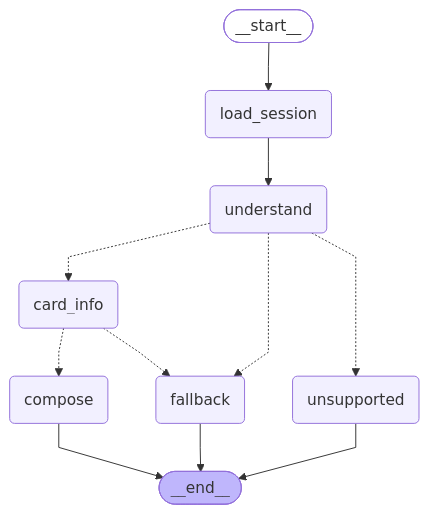
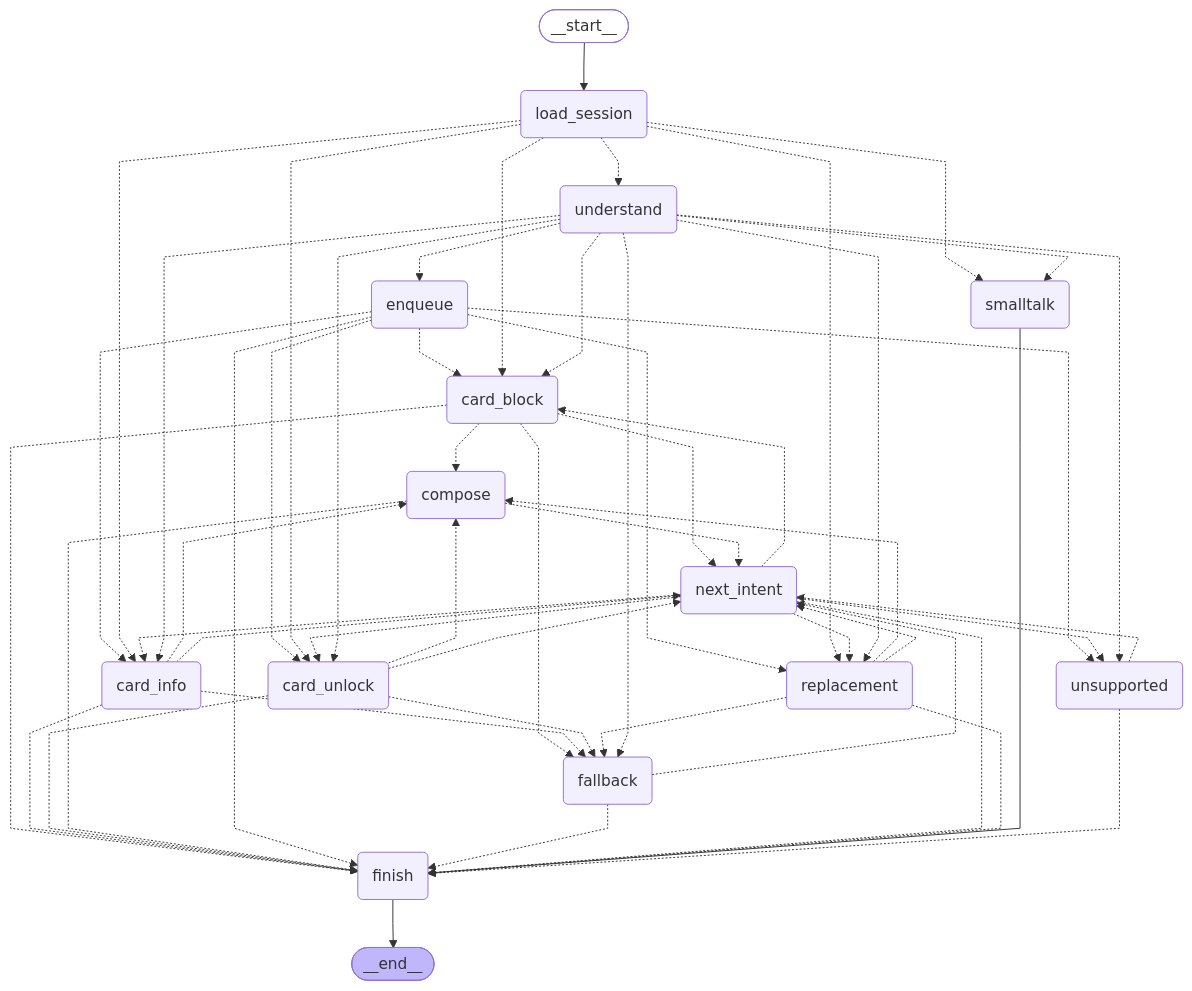
The diagram in docs/diagrams/turn-graph-v0.mmd (YhBedoya/factored-hackathon-2026-inferencia-aplicada), drawn with Mermaid before and after one commit. The commit also changed 60 other files, not shown here.

First line of the commit message:
feat(cards): D2-B card info, block/unlock/replacement flows

```diff
--- a/docs/diagrams/turn-graph-v0.mmd
+++ b/docs/diagrams/turn-graph-v0.mmd
@@ -1,27 +1,75 @@
 ---
 config:
   flowchart:
     curve: linear
 ---
 graph TD;
 	__start__([<p>__start__</p>]):::first
 	load_session(load_session)
 	understand(understand)
+	smalltalk(smalltalk)
+	enqueue(enqueue)
 	card_info(card_info)
+	card_block(card_block)
+	card_unlock(card_unlock)
+	replacement(replacement)
 	unsupported(unsupported)
 	fallback(fallback)
 	compose(compose)
+	next_intent(next_intent)
+	finish(finish)
 	__end__([<p>__end__</p>]):::last
 	__start__ --> load_session;
+	card_block -.-> compose;
+	card_block -.-> fallback;
+	card_block -.-> finish;
+	card_block -.-> next_intent;
 	card_info -.-> compose;
 	card_info -.-> fallback;
-	load_session --> understand;
+	card_info -.-> finish;
+	card_info -.-> next_intent;
+	card_unlock -.-> compose;
+	card_unlock -.-> fallback;
+	card_unlock -.-> finish;
+	card_unlock -.-> next_intent;
+	compose -.-> finish;
+	compose -.-> next_intent;
+	enqueue -.-> card_block;
+	enqueue -.-> card_info;
+	enqueue -.-> card_unlock;
+	enqueue -.-> finish;
+	enqueue -.-> replacement;
+	enqueue -.-> unsupported;
+	fallback -.-> finish;
+	fallback -.-> next_intent;
+	load_session -.-> card_block;
+	load_session -.-> card_info;
+	load_session -.-> card_unlock;
+	load_session -.-> replacement;
+	load_session -.-> smalltalk;
+	load_session -.-> understand;
+	next_intent -.-> card_block;
+	next_intent -.-> card_info;
+	next_intent -.-> card_unlock;
+	next_intent -.-> finish;
+	next_intent -.-> replacement;
+	next_intent -.-> unsupported;
+	replacement -.-> compose;
+	replacement -.-> fallback;
+	replacement -.-> finish;
+	replacement -.-> next_intent;
+	smalltalk --> finish;
+	understand -.-> card_block;
 	understand -.-> card_info;
+	understand -.-> card_unlock;
+	understand -.-> enqueue;
 	understand -.-> fallback;
+	understand -.-> replacement;
+	understand -.-> smalltalk;
 	understand -.-> unsupported;
-	compose --> __end__;
-	fallback --> __end__;
-	unsupported --> __end__;
+	unsupported -.-> finish;
+	unsupported -.-> next_intent;
+	finish --> __end__;
 	classDef default fill:#f2f0ff,line-height:1.2
 	classDef first fill-opacity:0
 	classDef last fill:#bfb6fc
```
